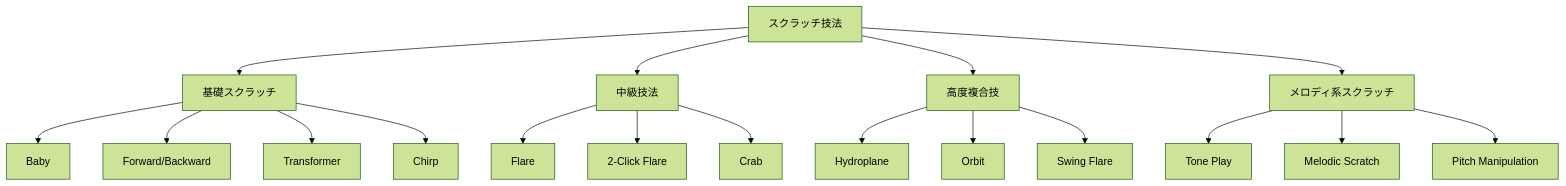
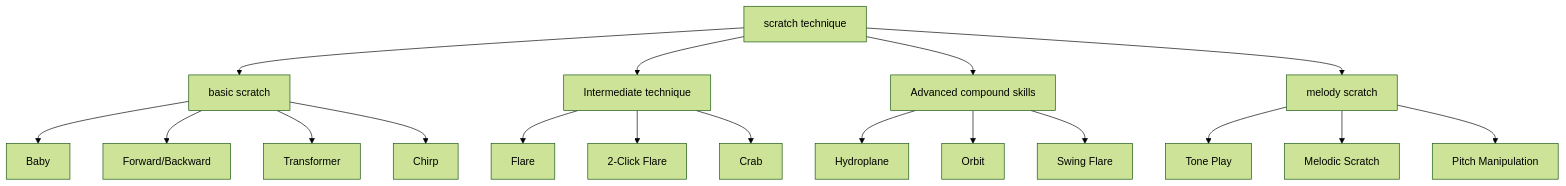
Before and after one commit to monumental-movement/monumental-movement.github.io: the second of 9 diagrams in en/_posts/2025-11-23-column-dmc-world-dj-championship.md, drawn with Mermaid (forest theme). The commit also changed other lines of this file and 801 other files, not shown here.

```diff
--- a/en/_posts/2025-11-23-column-dmc-world-dj-championship.md
+++ b/en/_posts/2025-11-23-column-dmc-world-dj-championship.md
@@ -255,24 +256,24 @@
 <div class="mermaid">
 flowchart TD
-    A[スクラッチ技法] --> B[基礎スクラッチ]
-    A --> C[中級技法]
-    A --> D[高度複合技]
-    A --> E[メロディ系スクラッチ]
+    A[scratch technique] --> B[basic scratch]
+    A --> C[Intermediate technique]
+    A --> D[Advanced compound skills]
+    A --> E[melody scratch]
     
     B --> B1[Baby]
     B --> B2[Forward/Backward]
     B --> B3[Transformer]
     B --> B4[Chirp]
 
     C --> C1[Flare]
     C --> C2[2-Click Flare]
     C --> C3[Crab]
 
     D --> D1[Hydroplane]
     D --> D2[Orbit]
     D --> D3[Swing Flare]
 
     E --> E1[Tone Play]
     E --> E2[Melodic Scratch]
     E --> E3[Pitch Manipulation]
 </div>
```
